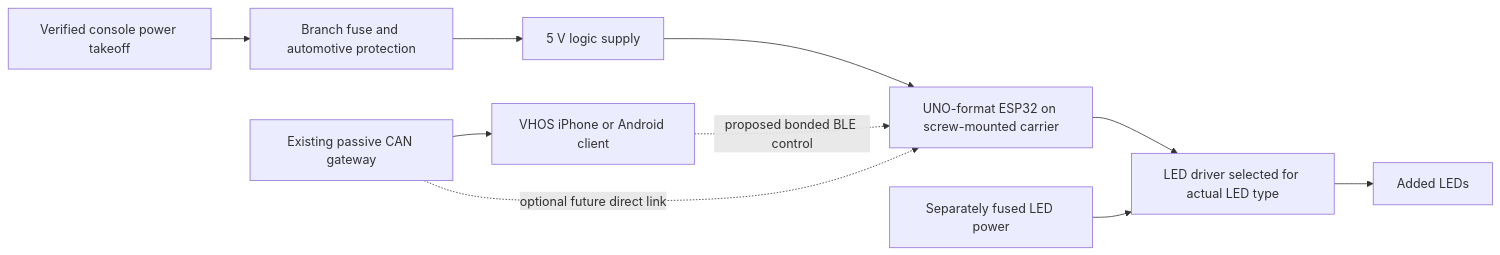
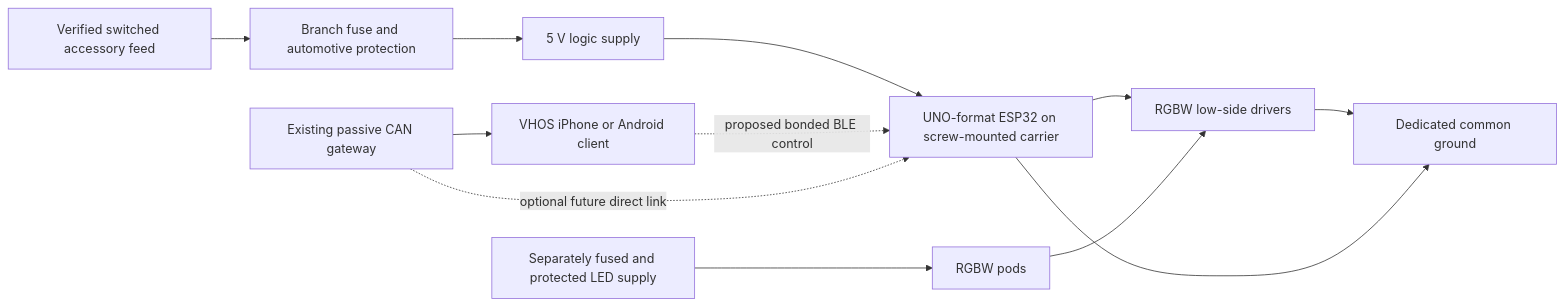
Before and after one commit to IsaiahDupree/4runner-vehicle-health-os: the diagram in hardware/console-led-node-v0.1/README.md, drawn with Mermaid. The commit also changed other lines of this file and 3 other files, not shown here.

````diff
--- a/hardware/console-led-node-v0.1/README.md
+++ b/hardware/console-led-node-v0.1/README.md
@@ -89,12 +87,14 @@
 ```mermaid
 flowchart LR
-  H[Verified console power takeoff] --> F[Branch fuse and automotive protection]
+  H[Verified switched accessory feed] --> F[Branch fuse and automotive protection]
   F --> P[5 V logic supply]
   P --> E[UNO-format ESP32 on screw-mounted carrier]
   G[Existing passive CAN gateway] --> A[VHOS iPhone or Android client]
   A -. proposed bonded BLE control .-> E
   G -. optional future direct link .-> E
-  E --> D[LED driver selected for actual LED type]
-  L[Separately fused LED power] --> D
-  D --> N[Added LEDs]
+  E --> D[RGBW low-side drivers]
+  L[Separately fused and protected LED supply] --> N[RGBW pods]
+  N --> D
+  D --> R[Dedicated common ground]
+  E --> R
 ```
````
